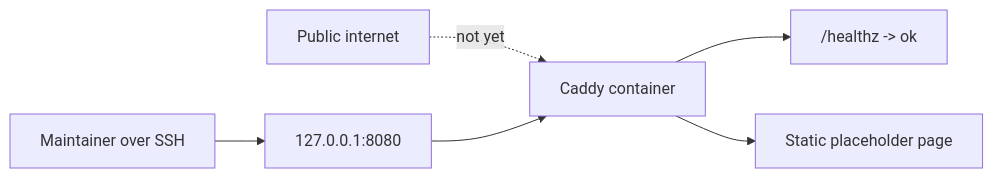
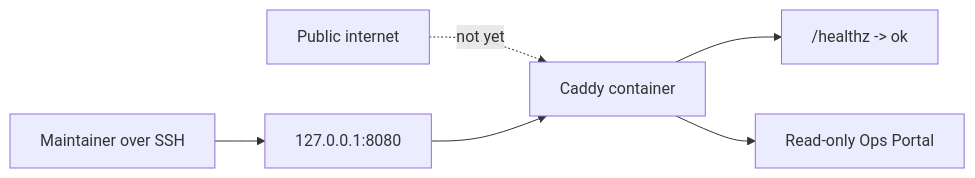
One commit to ramideltoro/nutsnews-docs changed the third of 3 diagrams in NUTSNEWS_VPS_SERVICE_FOUNDATION.md. Above: the diagram before and after it, drawn with Mermaid. The commit also changed other lines of this file and 3 other files, not shown here.

````diff
--- a/NUTSNEWS_VPS_SERVICE_FOUNDATION.md
+++ b/NUTSNEWS_VPS_SERVICE_FOUNDATION.md
@@ -95,8 +96,8 @@
 ```mermaid
 flowchart LR
   public["Public internet"] -. "not yet" .-> caddy["Caddy container"]
   maintainer["Maintainer over SSH"] --> loopback["127.0.0.1:8080"]
   loopback --> caddy
   caddy --> health["/healthz -> ok"]
-  caddy --> placeholder["Static placeholder page"]
+  caddy --> portal["Read-only Ops Portal"]
 ```
````
